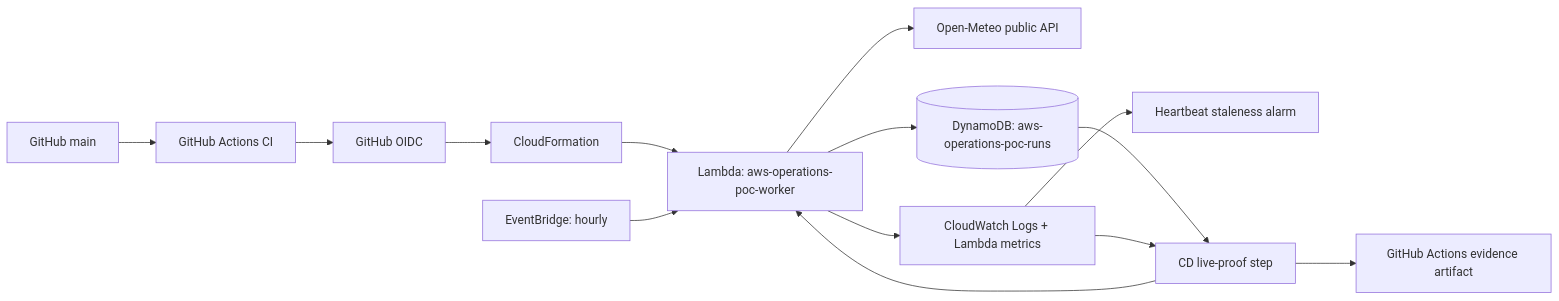
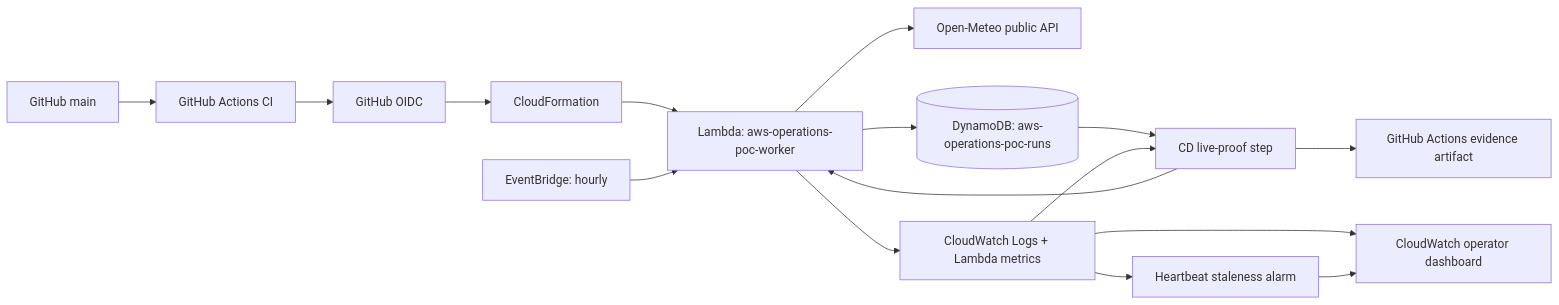
Before and after one commit to phatcobra/aws-operations-poc: the diagram in README.md, drawn with Mermaid. The commit also changed other lines of this file, not shown here.

Commit message:
Document CloudWatch operator dashboard

````diff
--- a/README.md
+++ b/README.md
@@ -26,16 +27,18 @@
 ```mermaid
 flowchart LR
     G[GitHub main] --> CI[GitHub Actions CI]
     CI --> OIDC[GitHub OIDC]
     OIDC --> CFN[CloudFormation]
     CFN --> L[Lambda: aws-operations-poc-worker]
     EB[EventBridge: hourly] --> L
     L --> API[Open-Meteo public API]
     L --> DDB[(DynamoDB: aws-operations-poc-runs)]
     L --> CW[CloudWatch Logs + Lambda metrics]
     CW --> H[Heartbeat staleness alarm]
+    CW --> UI[CloudWatch operator dashboard]
+    H --> UI
     CD[CD live-proof step] --> L
     DDB --> CD
     CW --> CD
     CD --> A[GitHub Actions evidence artifact]
 ```
````
